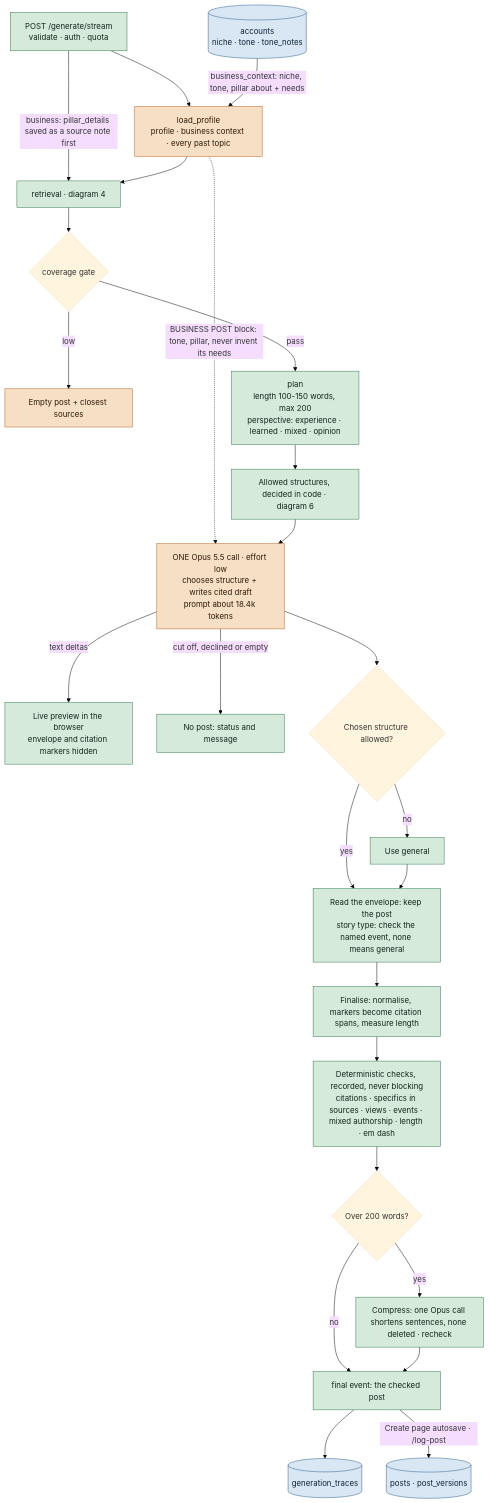
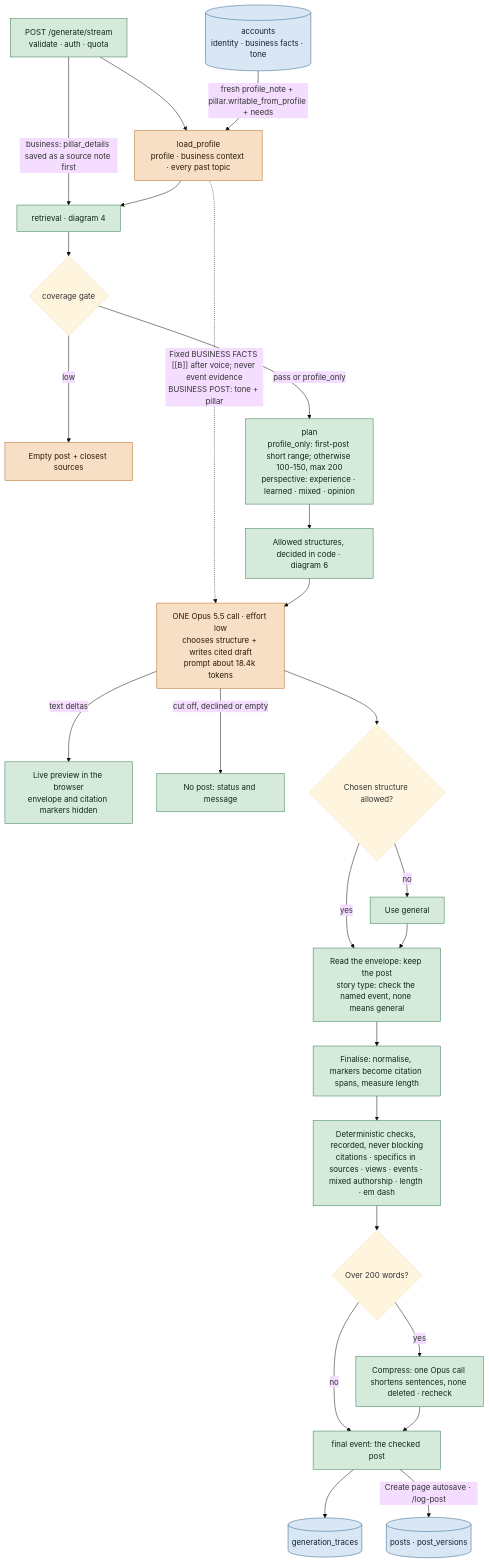
One commit to Soham112/Contendo changed the fifth of 9 diagrams in docs/ARCHITECTURE.md. Above: the diagram before and after it, drawn with Mermaid (base theme). The commit also changed other lines of this file and 34 other files, not shown here.

Commit message:
The block reaches every business prompt, and individual prompts

````diff
--- a/docs/ARCHITECTURE.md
+++ b/docs/ARCHITECTURE.md
@@ -334,35 +336,35 @@
 ```mermaid
 flowchart TD
   req["POST /generate/stream<br/>validate · auth · quota"] --> lp["load_profile<br/>profile · business context · every past topic"]
   req -->|"business: pillar_details saved as a source note first"| rt
-  acc[("accounts<br/>niche · tone · tone_notes")] -->|"business_context: niche, tone, pillar about + needs"| lp
+  acc[("accounts<br/>identity · business facts · tone")] -->|"fresh profile_note + pillar.writable_from_profile + needs"| lp
   lp --> rt["retrieval · diagram 4"]
   rt --> gate{"coverage gate"}
   gate -->|low| lc["Empty post + closest sources"]
-  gate -->|pass| plan["plan<br/>length 100-150 words, max 200<br/>perspective: experience · learned · mixed · opinion"]
+  gate -->|"pass or profile_only"| plan["plan<br/>profile_only: first-post short range; otherwise 100-150, max 200<br/>perspective: experience · learned · mixed · opinion"]
   plan --> allow["Allowed structures, decided in code · diagram 6"]
-  lp -.->|"BUSINESS POST block: tone, pillar, never invent its needs"| draft
+  lp -.->|"Fixed BUSINESS FACTS [[B]] after voice; never event evidence<br/>BUSINESS POST: tone + pillar"| draft
   allow --> draft["ONE Opus 5.5 call · effort low<br/>chooses structure + writes cited draft<br/>prompt about 18.4k tokens"]
   draft -->|"text deltas"| sse["Live preview in the browser<br/>envelope and citation markers hidden"]
   draft -->|"cut off, declined or empty"| tr["No post: status and message"]
   draft --> rs{"Chosen structure allowed?"}
   rs -->|no| gen["Use general"]
   rs -->|yes| strip["Read the envelope: keep the post<br/>story type: check the named event, none means general"]
   gen --> strip
   strip --> fin["Finalise: normalise, markers become citation spans, measure length"]
   fin --> chk["Deterministic checks, recorded, never blocking<br/>citations · specifics in sources · views · events · mixed authorship · length · em dash"]
   chk --> long{"Over 200 words?"}
   long -->|yes| comp["Compress: one Opus call shortens sentences, none deleted · recheck"]
   long -->|no| out["final event: the checked post"]
   comp --> out
   out --> save[("generation_traces")]
   out -->|"Create page autosave · /log-post"| saveP[("posts · post_versions")]
   class req,rt,plan,allow,sse,strip,fin,chk,comp,out,gen,tr built
   class lp,draft,lc issue
   class save,saveP,acc store
   classDef built fill:#d6eadc,stroke:#2f7a4f,color:#10261a
   classDef issue fill:#f6dfc4,stroke:#b5651d,color:#2b1a08
   classDef planned fill:#e2e2f4,stroke:#5b5ea6,color:#16173a,stroke-dasharray:5 3
   classDef store fill:#d9e7f4,stroke:#2d5f8a,color:#0e2235
   classDef ext fill:#ececec,stroke:#6b6b6b,color:#1c1c1c
 ```
````
